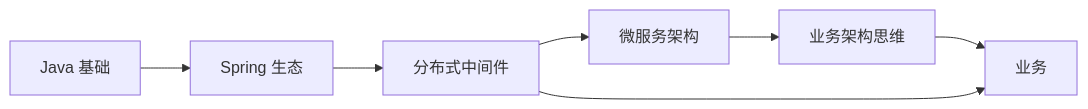
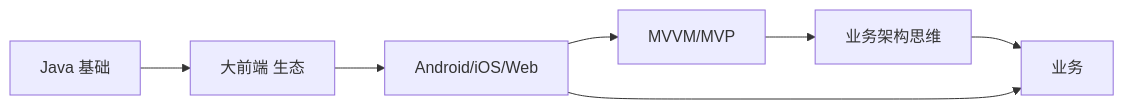
One commit to chongyang211/YCBookBlog changed the eighth of 9 diagrams in 10.打工充平常记录/10.自我精进七课/02.信息筛选和体系/2.2体系思维很重要.md. Above: the diagram before and after it, drawn with Mermaid. The commit also changed other lines of this file, not shown here.

Commit message:
用一张图讲清自己

````diff
--- a/10.打工充平常记录/10.自我精进七课/02.信息筛选和体系/2.2体系思维很重要.md
+++ b/10.打工充平常记录/10.自我精进七课/02.信息筛选和体系/2.2体系思维很重要.md
@@ -341,9 +341,9 @@
 ```mermaid
 graph LR
-    P1[Java 基础] --> L1[Spring 生态]
-    L1 --> L2[分布式中间件]
-    L2 --> M1[微服务架构]
+    P1[Java 基础] --> L1[大前端 生态]
+    L1 --> L2[Android/iOS/Web]
+    L2 --> M1[MVVM/MVP]
     M1 --> S1[业务架构思维]
     S1 --> 业务
     L2 --> 业务
 ```
````
